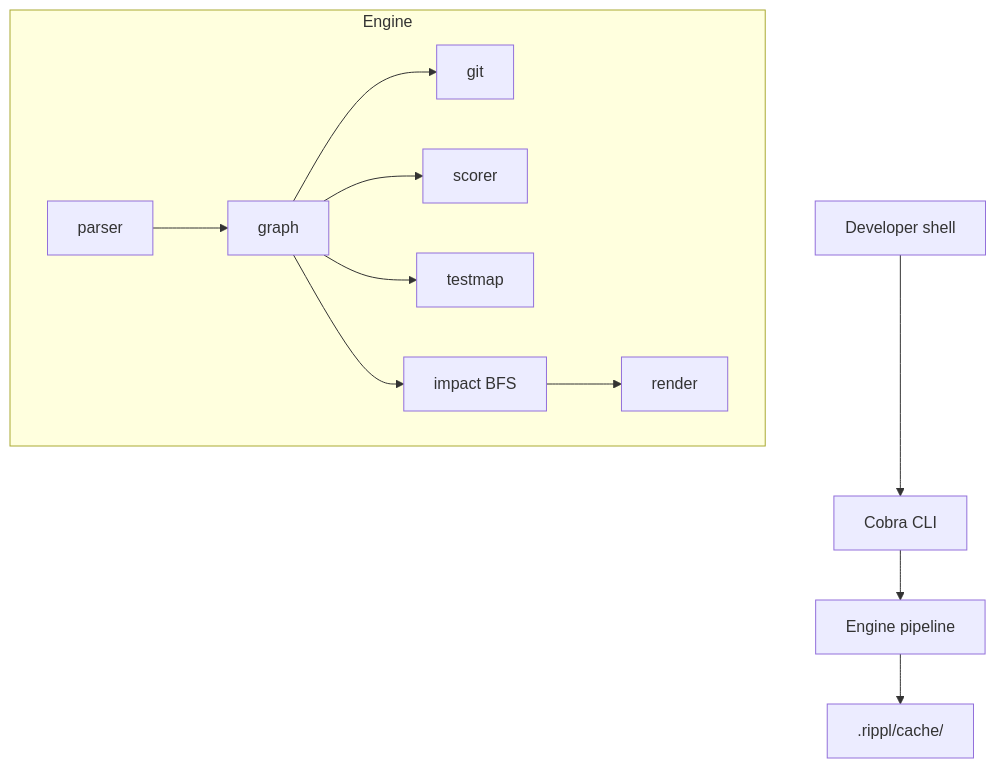
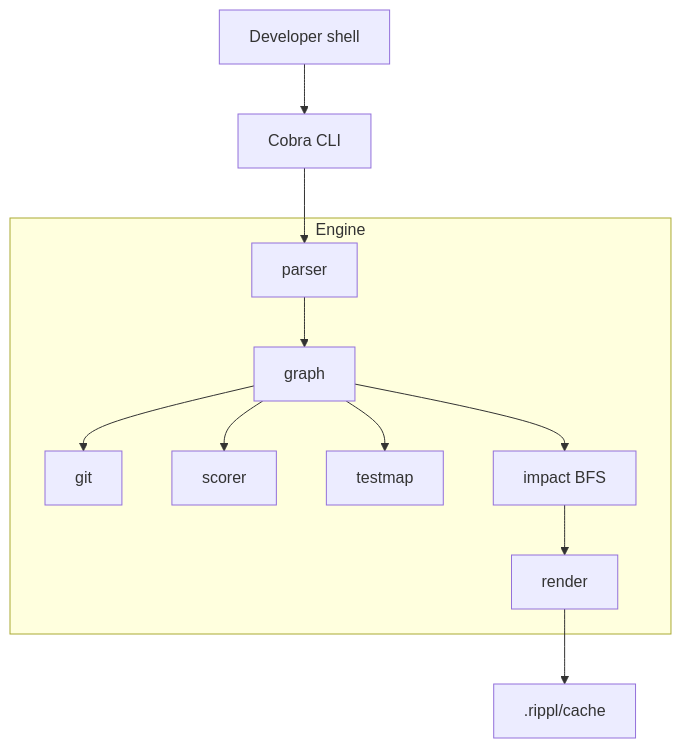
Before and after one commit to anggasct/rippl: the diagram in README.md, drawn with Mermaid. The commit also changed other lines of this file and 17 other files, not shown here.

````diff
--- a/README.md
+++ b/README.md
@@ -53,27 +111,27 @@
 ```mermaid
 flowchart TD
     shell[Developer shell]
     cli[Cobra CLI]
-    pipeline[Engine pipeline]
-    cacheDir[".rippl/cache/"]
+    cacheDir[".rippl/cache"]
 
     shell --> cli
-    cli --> pipeline
-    pipeline --> cacheDir
+    cli --> parser
 
     subgraph ripplEngine [Engine]
         parser[parser]
         depGraph[graph]
         gitLayer[git]
         scorer[scorer]
         testmap[testmap]
         impact["impact BFS"]
-        render[render]
+        renderer[render]
         parser --> depGraph
         depGraph --> gitLayer
         depGraph --> scorer
         depGraph --> testmap
         depGraph --> impact
-        impact --> render
+        impact --> renderer
     end
+
+    renderer --> cacheDir
 ```
````
